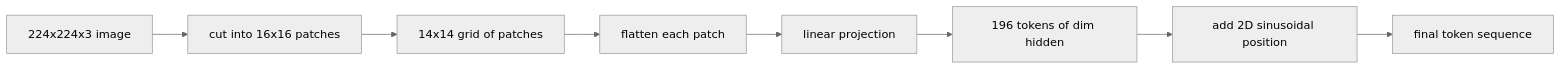
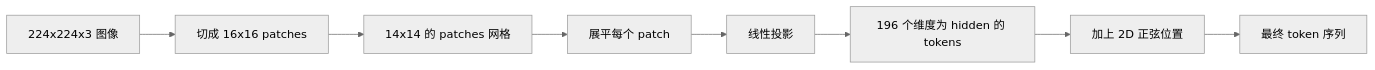
Before and after one commit to guangningsun/ailearning: the diagram in lessons/19-capstone-projects/58-vision-encoder-patches/docs/zh.md, drawn with Mermaid (neutral theme). The commit also changed other lines of this file and 85 other files, not shown here.

````diff
--- a/lessons/19-capstone-projects/58-vision-encoder-patches/docs/zh.md
+++ b/lessons/19-capstone-projects/58-vision-encoder-patches/docs/zh.md
@@ -25,10 +25,10 @@
 ```mermaid
 flowchart LR
-  Image[224x224x3 image] --> Cut[cut into 16x16 patches]
-  Cut --> Grid[14x14 grid of patches]
-  Grid --> Flatten[flatten each patch]
-  Flatten --> Proj[linear projection]
-  Proj --> Tokens[196 tokens of dim hidden]
-  Tokens --> Pos[add 2D sinusoidal position]
-  Pos --> Out[final token sequence]
+  Image[224x224x3 图像] --> Cut[切成 16x16 patches]
+  Cut --> Grid[14x14 的 patches 网格]
+  Grid --> Flatten[展平每个 patch]
+  Flatten --> Proj[线性投影]
+  Proj --> Tokens[196 个维度为 hidden 的 tokens]
+  Tokens --> Pos[加上 2D 正弦位置]
+  Pos --> Out[最终 token 序列]
 ```
````
